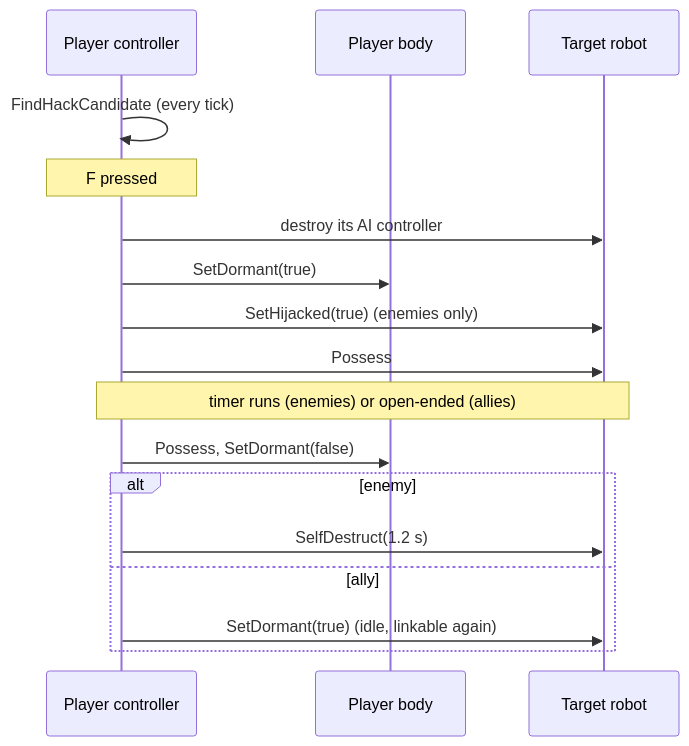
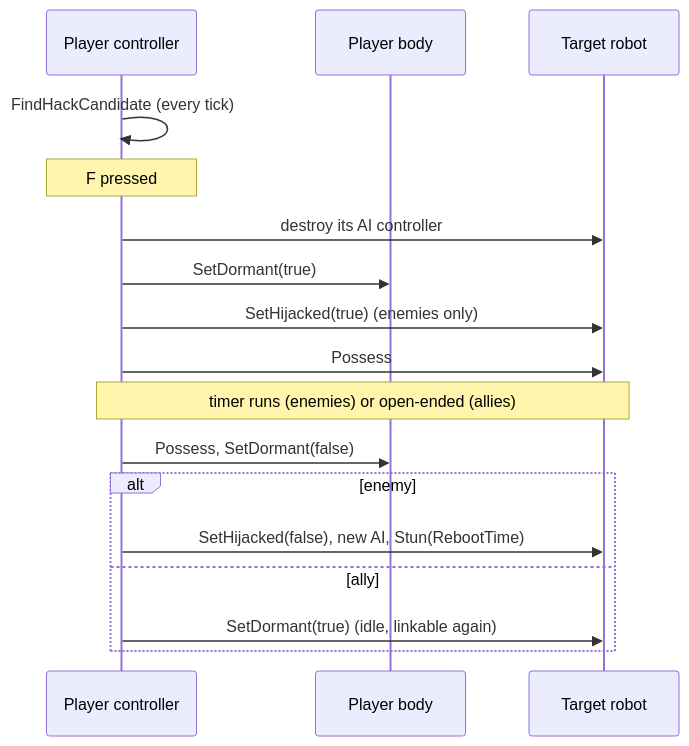
The diagram in Docs/Systems/PlayerAndHacking.md (lcosti20/Metalization), drawn with Mermaid before and after one commit. The commit also changed other lines of this file and 6 other files, not shown here.

````diff
--- a/Docs/Systems/PlayerAndHacking.md
+++ b/Docs/Systems/PlayerAndHacking.md
@@ -31,19 +31,19 @@
 ```mermaid
 sequenceDiagram
     participant P as Player controller
     participant B as Player body
     participant T as Target robot
     P->>P: FindHackCandidate (every tick)
     Note over P: F pressed
     P->>T: destroy its AI controller
     P->>B: SetDormant(true)
     P->>T: SetHijacked(true) (enemies only)
     P->>T: Possess
     Note over P,T: timer runs (enemies) or open-ended (allies)
     P->>B: Possess, SetDormant(false)
     alt enemy
-        P->>T: SelfDestruct(1.2 s)
+        P->>T: SetHijacked(false), new AI, Stun(RebootTime)
     else ally
         P->>T: SetDormant(true) (idle, linkable again)
     end
 ```
````
